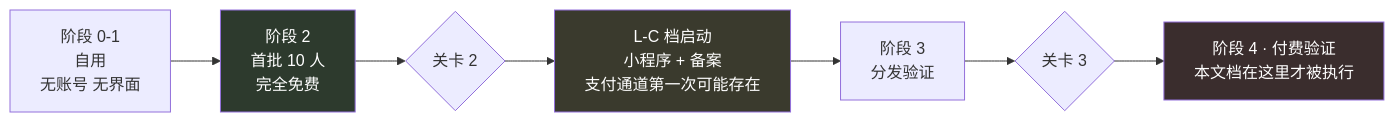
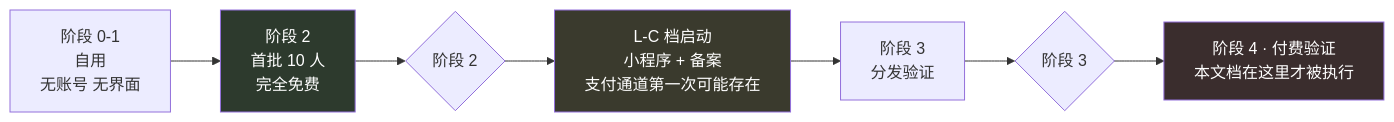
The first of 3 diagrams in docs/product/商业化与额度设计.md (chenyuanjin/kubic), drawn with Mermaid before and after one commit. The commit also changed other lines of this file and 249 other files, not shown here.

````diff
--- a/docs/product/商业化与额度设计.md
+++ b/docs/product/商业化与额度设计.md
@@ -29,13 +29,13 @@
 ```mermaid
 flowchart LR
     S0["阶段 0-1<br/>自用<br/>无账号 无界面"] --> S2["阶段 2<br/>首批 10 人<br/>完全免费"]
-    S2 --> G2{"关卡 2"}
+    S2 --> G2{"阶段 2"}
     G2 --> LC["L-C 档启动<br/>小程序 + 备案<br/>支付通道第一次可能存在"]
     LC --> S3["阶段 3<br/>分发验证"]
-    S3 --> G3{"关卡 3"}
+    S3 --> G3{"阶段 3"}
     G3 --> S4["阶段 4 · 付费验证<br/>本文档在这里才被执行"]
 
     style S2 fill:#2d3a2d,color:#fff
     style LC fill:#3a3a2d,color:#fff
     style S4 fill:#3a2d2d,color:#fff
 ```
````
